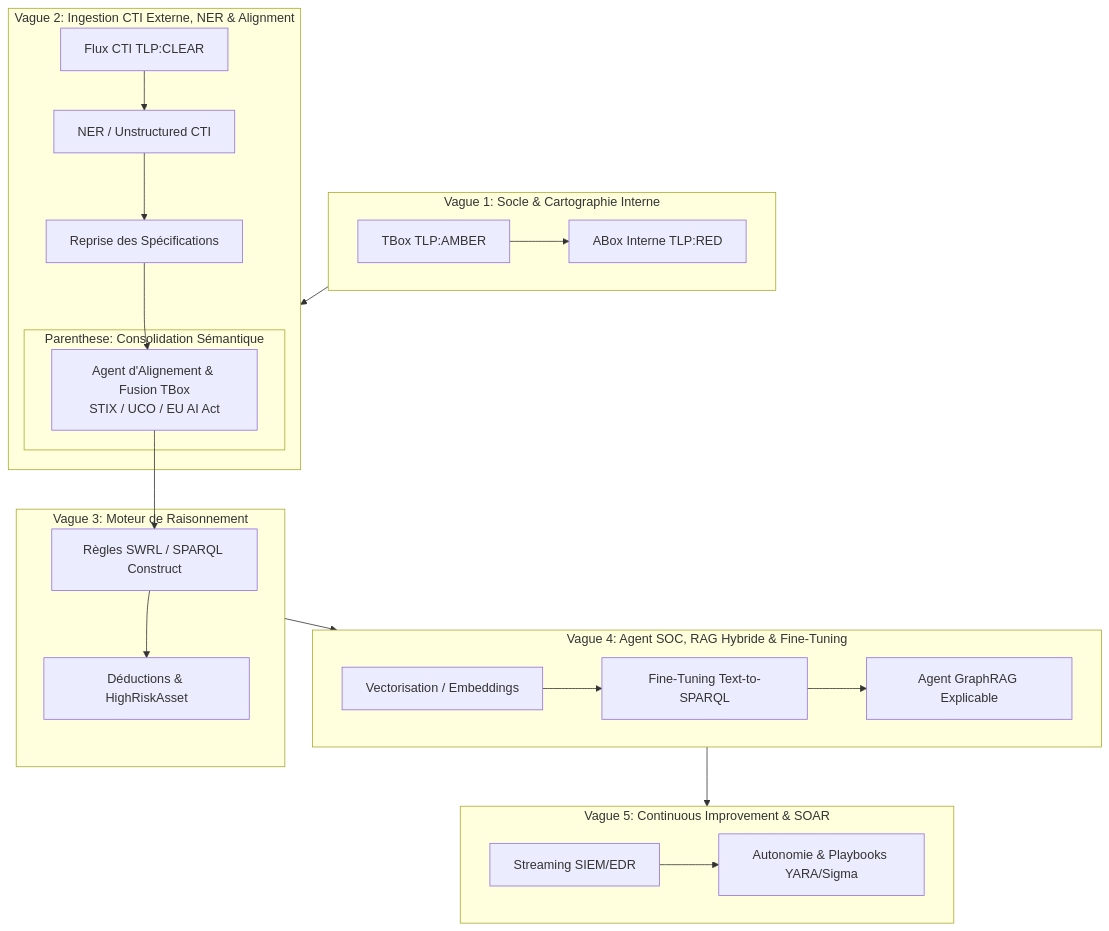
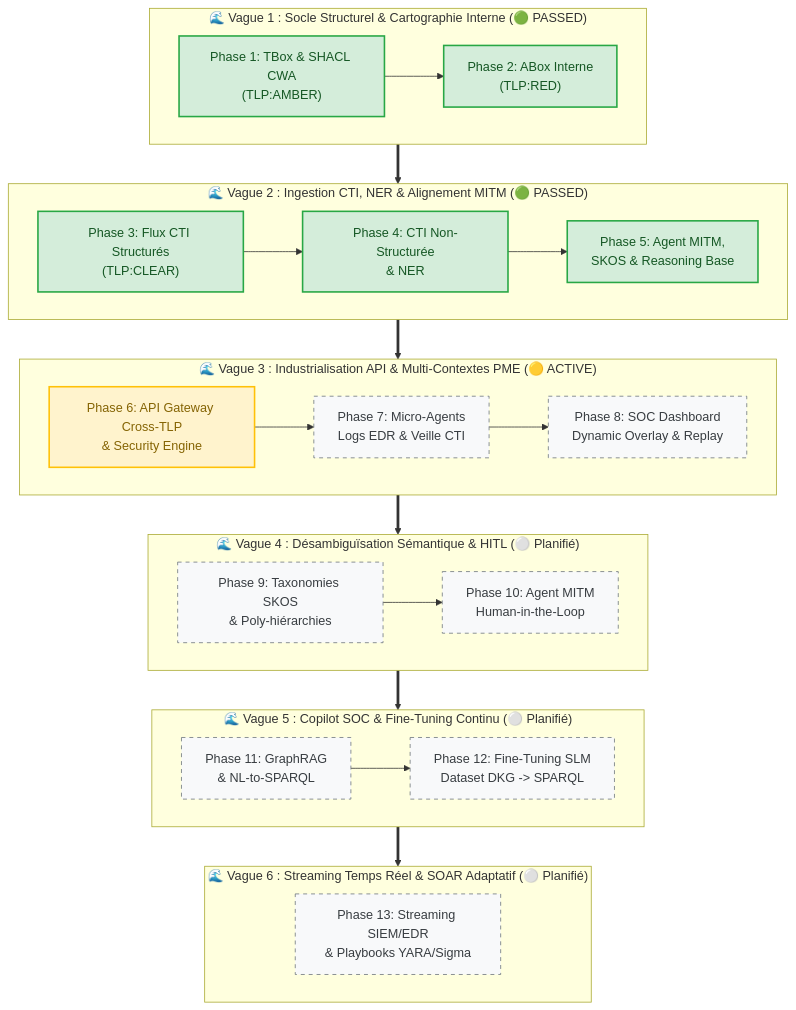
The diagram in 00-Projet/Roadmap_Suivi-Avancement.md (AlbanLher/Dkg-cybersec), drawn with Mermaid before and after one commit. The commit also changed other lines of this file and 157 other files, not shown here.

Commit message:
5S de fin de Vague2-Phase3

````diff
--- a/00-Projet/Roadmap_Suivi-Avancement.md
+++ b/00-Projet/Roadmap_Suivi-Avancement.md
@@ -47,36 +43,49 @@
 ```mermaid
-graph TD
-    subgraph V1 [Vague 1: Socle & Cartographie Interne]
-        A1[TBox TLP:AMBER] --> A2[ABox Interne TLP:RED]
+graph TB
+    %% Styles de statut
+    classDef passed fill:#d4edda,stroke:#28a745,stroke-width:2px,color:#155724;
+    classDef active fill:#fff3cd,stroke:#ffc107,stroke-width:2px,color:#856404;
+    classDef planned fill:#f8f9fa,stroke:#6c757d,stroke-width:1px,stroke-dasharray: 5 5,color:#383d41;
+
+    subgraph V1 ["🌊 Vague 1 : Socle Structurel & Cartographie Interne (🟢 PASSED)"]
+        direction LR
+        P1["Phase 1: TBox & SHACL CWA<br/>(TLP:AMBER)"] --> P2["Phase 2: ABox Interne<br/>(TLP:RED)"]
     end
 
-    subgraph V2 [Vague 2: Ingestion CTI Externe, NER & Alignment]
-        B1[Flux CTI TLP:CLEAR] --> B2[NER / Unstructured CTI]
-        B2 --> B3[Reprise des Spécifications]
-        
-        %% Parenthesis / Transition
-        subgraph V2_Sub [Parenthese: Consolidation Sémantique]
-            B4[Agent d'Alignement & Fusion TBox<br/>STIX / UCO / EU AI Act]
-        end
-        
-        B3 --> B4
+    subgraph V2 ["🌊 Vague 2 : Ingestion CTI, NER & Alignement MITM (🟢 PASSED)"]
+        direction LR
+        P3["Phase 3: Flux CTI Structurés<br/>(TLP:CLEAR)"] --> P4["Phase 4: CTI Non-Structurée<br/>& NER"] --> P5["Phase 5: Agent MITM,<br/>SKOS & Reasoning Base"]
     end
 
-    subgraph V3 [Vague 3: Moteur de Raisonnement]
-        C1[Règles SWRL / SPARQL Construct] --> C2[Déductions & HighRiskAsset]
+    subgraph V3 ["🌊 Vague 3 : Industrialisation API & Multi-Contextes PME (🟡 ACTIVE)"]
+        direction LR
+        P6["Phase 6: API Gateway Cross-TLP<br/>& Security Engine"] --> P7["Phase 7: Micro-Agents<br/>Logs EDR & Veille CTI"] --> P8["Phase 8: SOC Dashboard<br/>Dynamic Overlay & Replay"]
     end
 
-    subgraph V4 [Vague 4: Agent SOC, RAG Hybride & Fine-Tuning]
-        D1[Vectorisation / Embeddings] --> D2[Fine-Tuning Text-to-SPARQL]
-        D2 --> D3[Agent GraphRAG Explicable]
+    subgraph V4 ["🌊 Vague 4 : Désambiguïsation Sémantique & HITL (⚪ Planifié)"]
+        direction LR
+        P9["Phase 9: Taxonomies SKOS<br/>& Poly-hiérarchies"] --> P10["Phase 10: Agent MITM<br/>Human-in-the-Loop"]
     end
 
-    subgraph V5 [Vague 5: Continuous Improvement & SOAR]
-        E1[Streaming SIEM/EDR] --> E2[Autonomie & Playbooks YARA/Sigma]
+    subgraph V5 ["🌊 Vague 5 : Copilot SOC & Fine-Tuning Continu (⚪ Planifié)"]
+        direction LR
+        P11["Phase 11: GraphRAG<br/>& NL-to-SPARQL"] --> P12["Phase 12: Fine-Tuning SLM<br/>Dataset DKG -> SPARQL"]
     end
 
-    V1 --> V2
-    B4 --> C1
-    V3 --> V4
-    V4 --> V5
+    subgraph V6 ["🌊 Vague 6 : Streaming Temps Réel & SOAR Adaptatif (⚪ Planifié)"]
+        direction LR
+        P13["Phase 13: Streaming SIEM/EDR<br/>& Playbooks YARA/Sigma"]
+    end
+
+    %% Chaînage des Vagues
+    V1 ==> V2
+    V2 ==> V3
+    V3 ==> V4
+    V4 ==> V5
+    V5 ==> V6
+
+    %% Application des classes
+    class P1,P2,P3,P4,P5 passed;
+    class P6 active;
+    class P7,P8,P9,P10,P11,P12,P13 planned;
 ```
````
